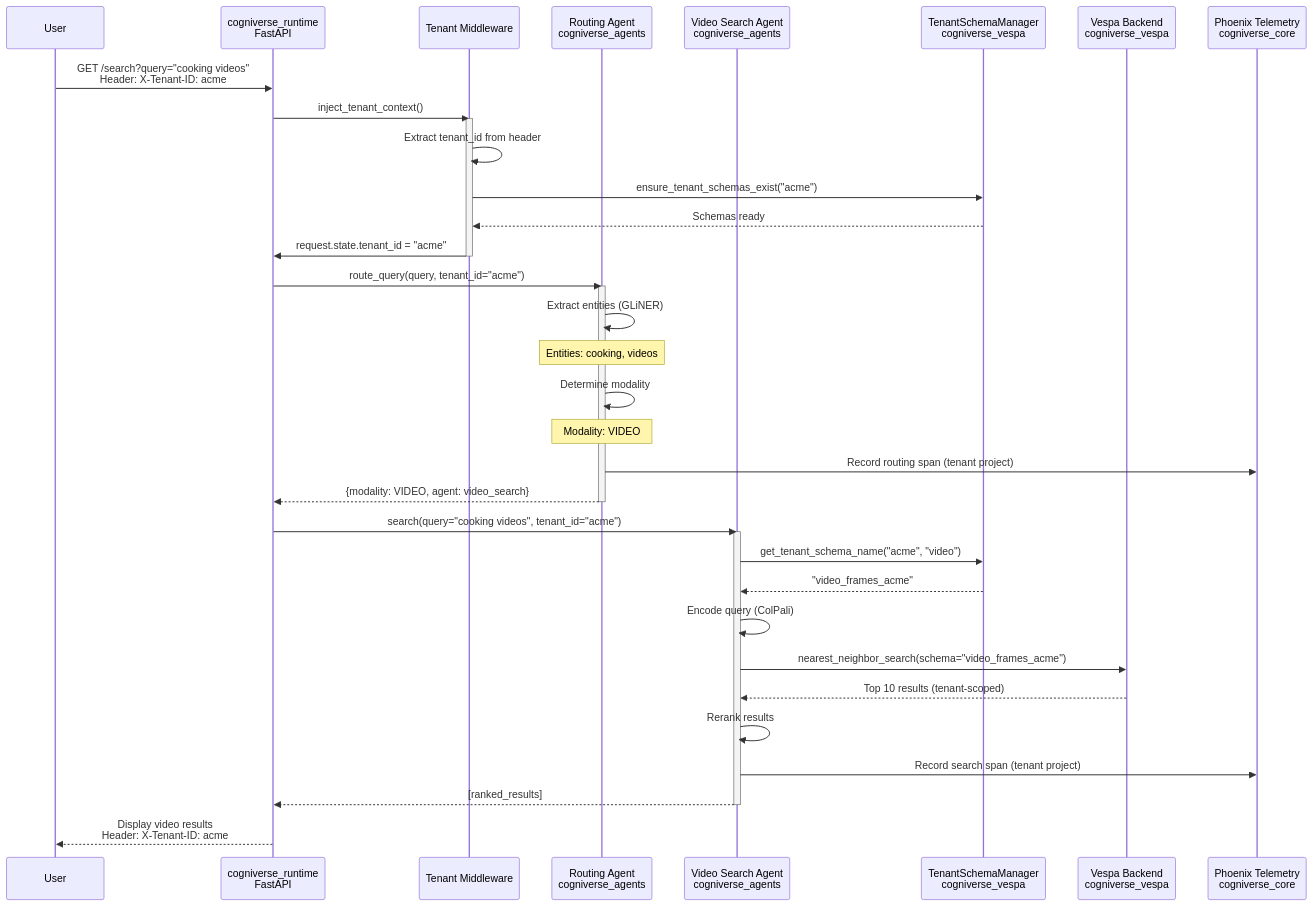
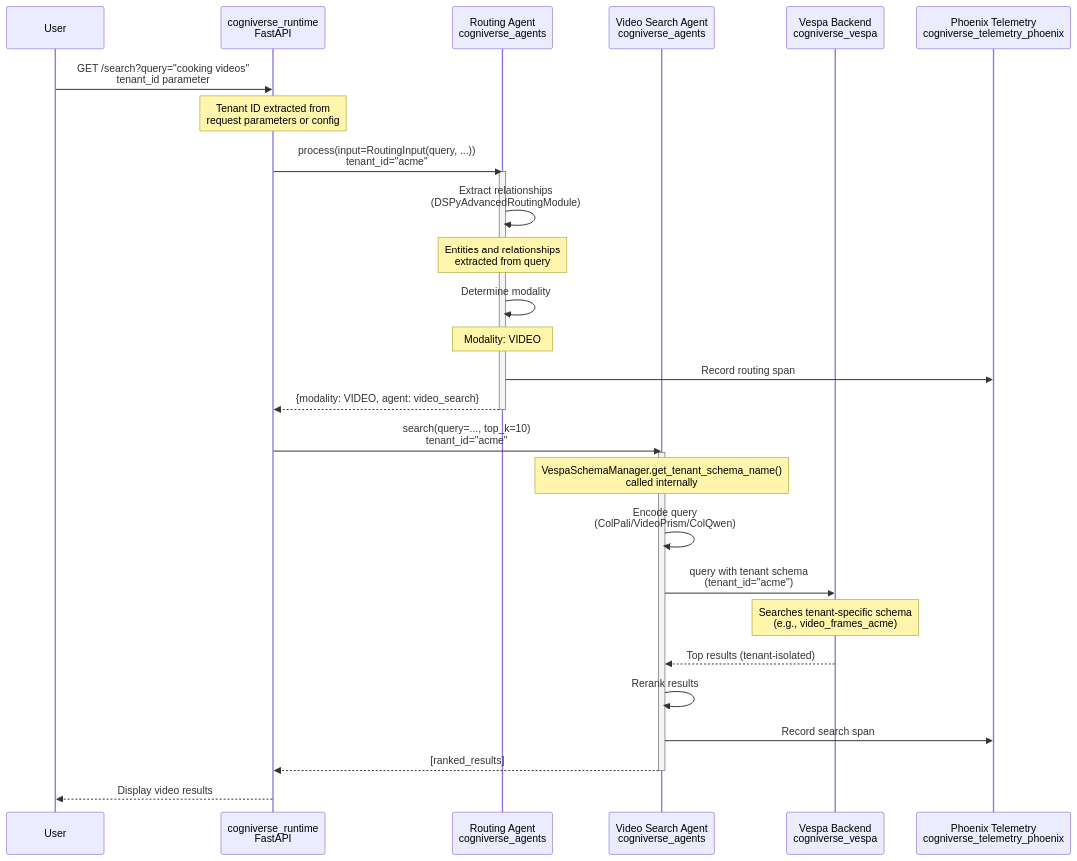
Before and after one commit to amit-jain/cogniverse: the second of 24 diagrams in docs/architecture/system-flows.md, drawn with Mermaid. The commit also changed other lines of this file and 83 other files, not shown here.

First line of the commit message:
Fix documentation veracity, formatting, and diagrams across all modules

````diff
--- a/docs/architecture/system-flows.md
+++ b/docs/architecture/system-flows.md
@@ -198,47 +87,39 @@
 ```mermaid
 sequenceDiagram
     participant User
     participant Runtime as cogniverse_runtime<br/>FastAPI
-    participant Middleware as Tenant Middleware
     participant Routing as Routing Agent<br/>cogniverse_agents
     participant VideoAgent as Video Search Agent<br/>cogniverse_agents
-    participant TenantMgr as TenantSchemaManager<br/>cogniverse_vespa
     participant Vespa as Vespa Backend<br/>cogniverse_vespa
-    participant Phoenix as Phoenix Telemetry<br/>cogniverse_core
+    participant Phoenix as Phoenix Telemetry<br/>cogniverse_telemetry_phoenix
 
-    User->>Runtime: GET /search?query="cooking videos"<br/>Header: X-Tenant-ID: acme
-    Runtime->>Middleware: inject_tenant_context()
+    User->>Runtime: GET /search?query="cooking videos"<br/>tenant_id parameter
 
-    activate Middleware
-    Middleware->>Middleware: Extract tenant_id from header
-    Middleware->>TenantMgr: ensure_tenant_schemas_exist("acme")
-    TenantMgr-->>Middleware: Schemas ready
-    Middleware->>Runtime: request.state.tenant_id = "acme"
-    deactivate Middleware
+    Note over Runtime: Tenant ID extracted from<br/>request parameters or config
 
-    Runtime->>Routing: route_query(query, tenant_id="acme")
+    Runtime->>Routing: process(input=RoutingInput(query, ...))<br/>tenant_id="acme"
 
     activate Routing
-    Routing->>Routing: Extract entities (GLiNER)
-    Note over Routing: Entities: cooking, videos
+    Routing->>Routing: Extract relationships<br/>(DSPyAdvancedRoutingModule)
+    Note over Routing: Entities and relationships<br/>extracted from query
     Routing->>Routing: Determine modality
     Note over Routing: Modality: VIDEO
-    Routing->>Phoenix: Record routing span (tenant project)
+    Routing->>Phoenix: Record routing span
     Routing-->>Runtime: {modality: VIDEO, agent: video_search}
     deactivate Routing
 
-    Runtime->>VideoAgent: search(query="cooking videos", tenant_id="acme")
+    Runtime->>VideoAgent: search(query=..., top_k=10)<br/>tenant_id="acme"
 
     activate VideoAgent
-    VideoAgent->>TenantMgr: get_tenant_schema_name("acme", "video")
-    TenantMgr-->>VideoAgent: "video_frames_acme"
-    VideoAgent->>VideoAgent: Encode query (ColPali)
-    VideoAgent->>Vespa: nearest_neighbor_search(schema="video_frames_acme")
-    Vespa-->>VideoAgent: Top 10 results (tenant-scoped)
+    Note over VideoAgent: VespaSchemaManager.get_tenant_schema_name()<br/>called internally
+    VideoAgent->>VideoAgent: Encode query<br/>(ColPali/VideoPrism/ColQwen)
+    VideoAgent->>Vespa: query with tenant schema<br/>(tenant_id="acme")
+    Note over Vespa: Searches tenant-specific schema<br/>(e.g., video_frames_acme)
+    Vespa-->>VideoAgent: Top results (tenant-isolated)
     VideoAgent->>VideoAgent: Rerank results
-    VideoAgent->>Phoenix: Record search span (tenant project)
+    VideoAgent->>Phoenix: Record search span
     VideoAgent-->>Runtime: [ranked_results]
     deactivate VideoAgent
 
-    Runtime-->>User: Display video results<br/>Header: X-Tenant-ID: acme
+    Runtime-->>User: Display video results
 ```
````
